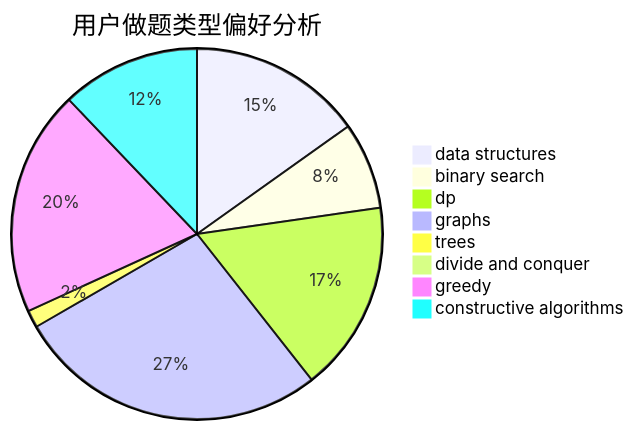
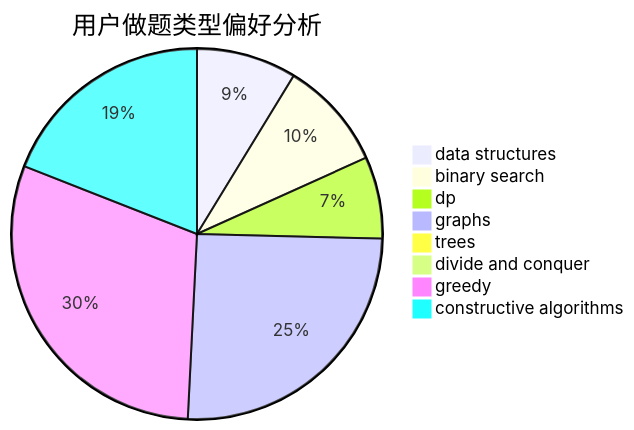
One commit to sherpahu/cfrs.github.io changed the second of 3 diagrams in docs/user/u1670.md. Above: the diagram before and after it, drawn with Mermaid. The commit also changed other lines of this file and 2770 other files, not shown here.

````diff
--- a/docs/user/u1670.md
+++ b/docs/user/u1670.md
@@ -23,11 +23,11 @@
 ```mermaid
 pie title 用户做题类型偏好分析
-    "data structures" :  10
-    "binary search" :  5
-    "dp" :  11
-    "graphs" :  18
-    "trees" :  1
+    "data structures" :  11
+    "binary search" :  12
+    "dp" :  9
+    "graphs" :  32
+    "trees" :  0
     "divide and conquer" :  0
-    "greedy" :  13
-    "constructive algorithms" :  8
+    "greedy" :  38
+    "constructive algorithms" :  24
 ```
````
